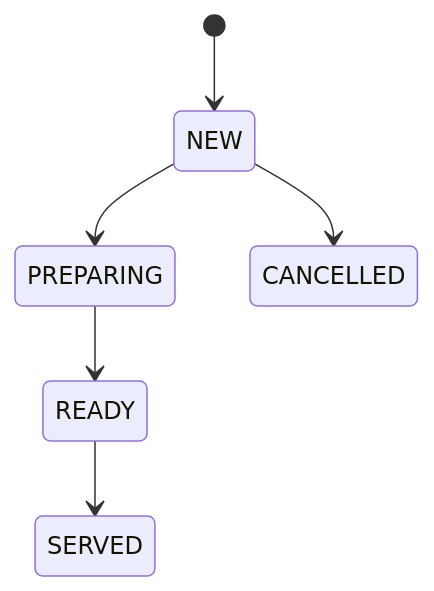
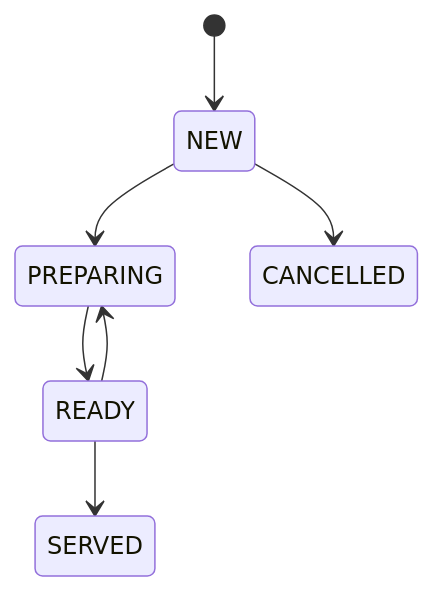
One commit to OjasPurohit/Meridian-Bay changed the third of 4 diagrams in docs/contracts/ENUMS.md. Above: the diagram before and after it, drawn with Mermaid. The commit also changed other lines of this file and 146 other files, not shown here.

````diff
--- a/docs/contracts/ENUMS.md
+++ b/docs/contracts/ENUMS.md
@@ -66,8 +68,9 @@
 ```mermaid
 stateDiagram-v2
   [*] --> NEW
   NEW --> PREPARING
   NEW --> CANCELLED
   PREPARING --> READY
+  READY --> PREPARING
   READY --> SERVED
 ```
````
